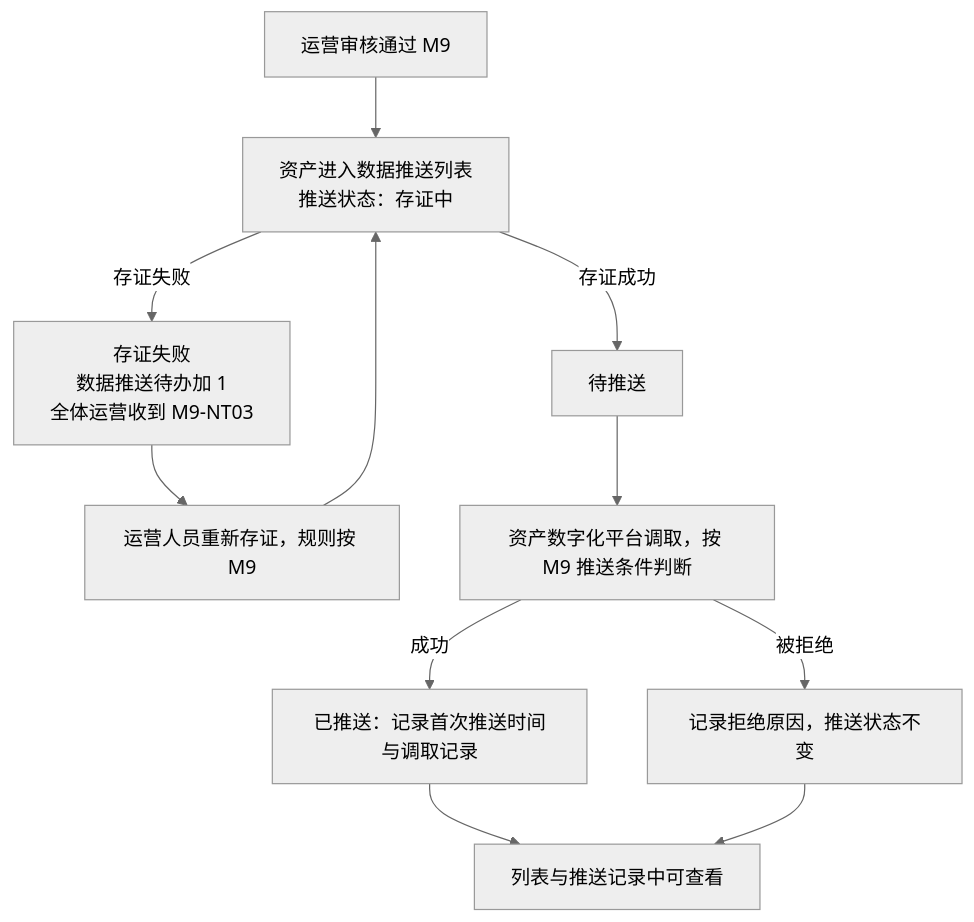
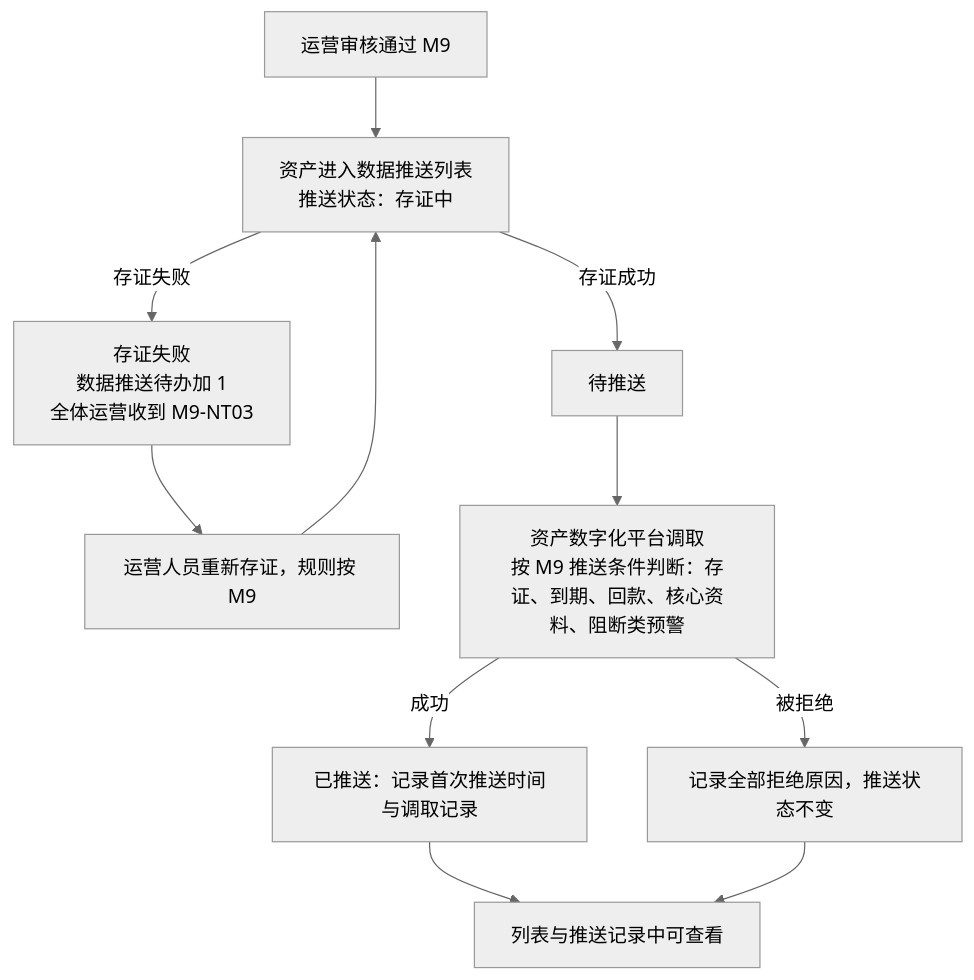
Before and after one commit to wxblockchain/Chain-Financing: the second of 4 diagrams in asset-trust-platform/PRD/运营端/M15-数据监控/02-数据监控-流程图与状态机.md, drawn with Mermaid (neutral theme). The commit also changed other lines of this file and 4 other files, not shown here.

````diff
--- a/asset-trust-platform/PRD/运营端/M15-数据监控/02-数据监控-流程图与状态机.md
+++ b/asset-trust-platform/PRD/运营端/M15-数据监控/02-数据监控-流程图与状态机.md
@@ -37,13 +37,13 @@
 ```mermaid
 flowchart TD
     A[运营审核通过 M9] --> B[资产进入数据推送列表<br/>推送状态：存证中]
     B -->|存证成功| C[待推送]
     B -->|存证失败| X[存证失败<br/>数据推送待办加 1<br/>全体运营收到 M9-NT03]
     X --> R[运营人员重新存证，规则按 M9]
     R --> B
-    C --> Q[资产数字化平台调取，按 M9 推送条件判断]
+    C --> Q[资产数字化平台调取<br/>按 M9 推送条件判断：存证、到期、回款、核心资料、阻断类预警]
     Q -->|成功| S[已推送：记录首次推送时间与调取记录]
-    Q -->|被拒绝| N[记录拒绝原因，推送状态不变]
+    Q -->|被拒绝| N[记录全部拒绝原因，推送状态不变]
     S --> L[列表与推送记录中可查看]
     N --> L
 ```
````
